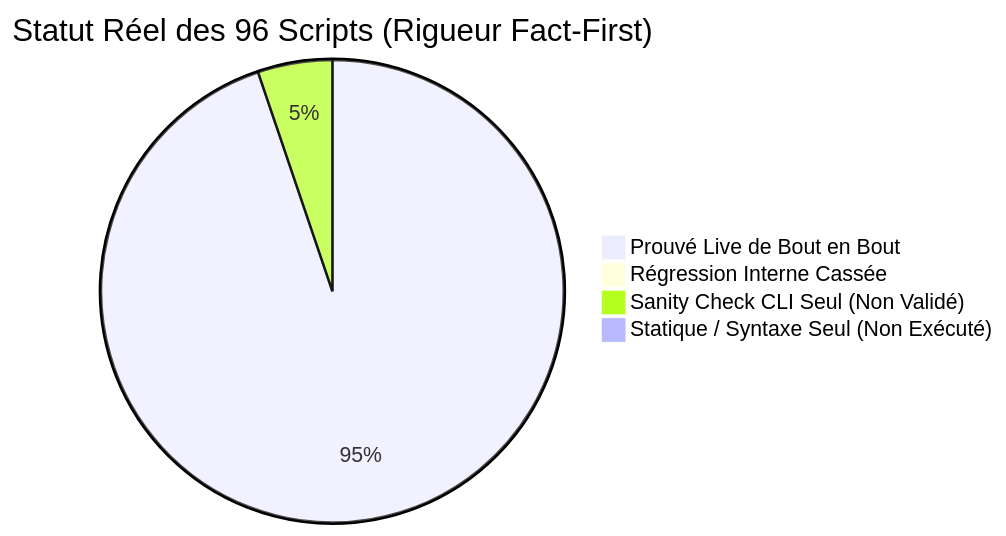
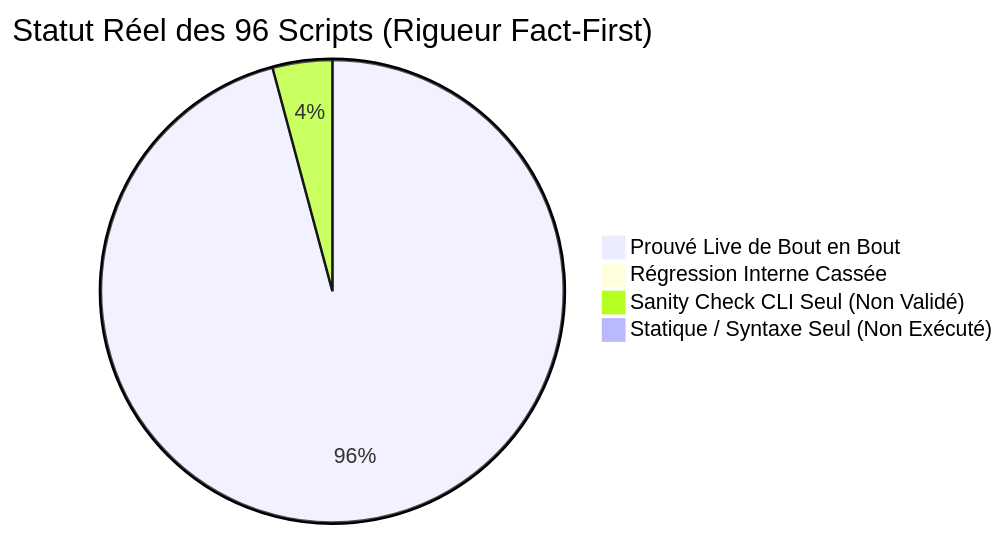
The diagram in docs/reference/2026-11-10-audit-exhaustif-scripts-regressions.md (yoyonel/pydbsrt), drawn with Mermaid before and after one commit. The commit also changed other lines of this file and 2 other files, not shown here.

Commit message:
fix(ingestion): dynamic root, resilient rpi4 pg fallback and check mode in reconcile phash filenames (#69)

````diff
--- a/docs/reference/2026-11-10-audit-exhaustif-scripts-regressions.md
+++ b/docs/reference/2026-11-10-audit-exhaustif-scripts-regressions.md
@@ -16,7 +16,7 @@
 ```mermaid
 pie title Statut Réel des 96 Scripts (Rigueur Fact-First)
-    "Prouvé Live de Bout en Bout" : 91
+    "Prouvé Live de Bout en Bout" : 92
     "Régression Interne Cassée" : 0
-    "Sanity Check CLI Seul (Non Validé)" : 5
+    "Sanity Check CLI Seul (Non Validé)" : 4
     "Statique / Syntaxe Seul (Non Exécuté)" : 0
 ```
````
